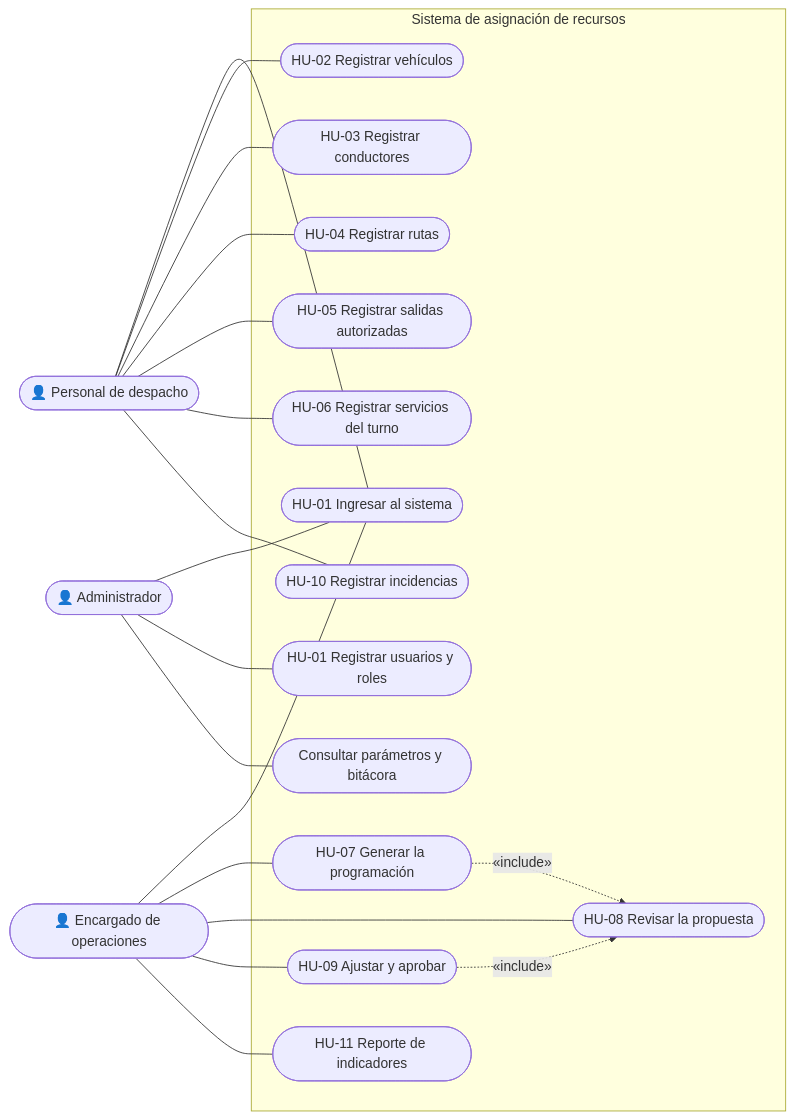
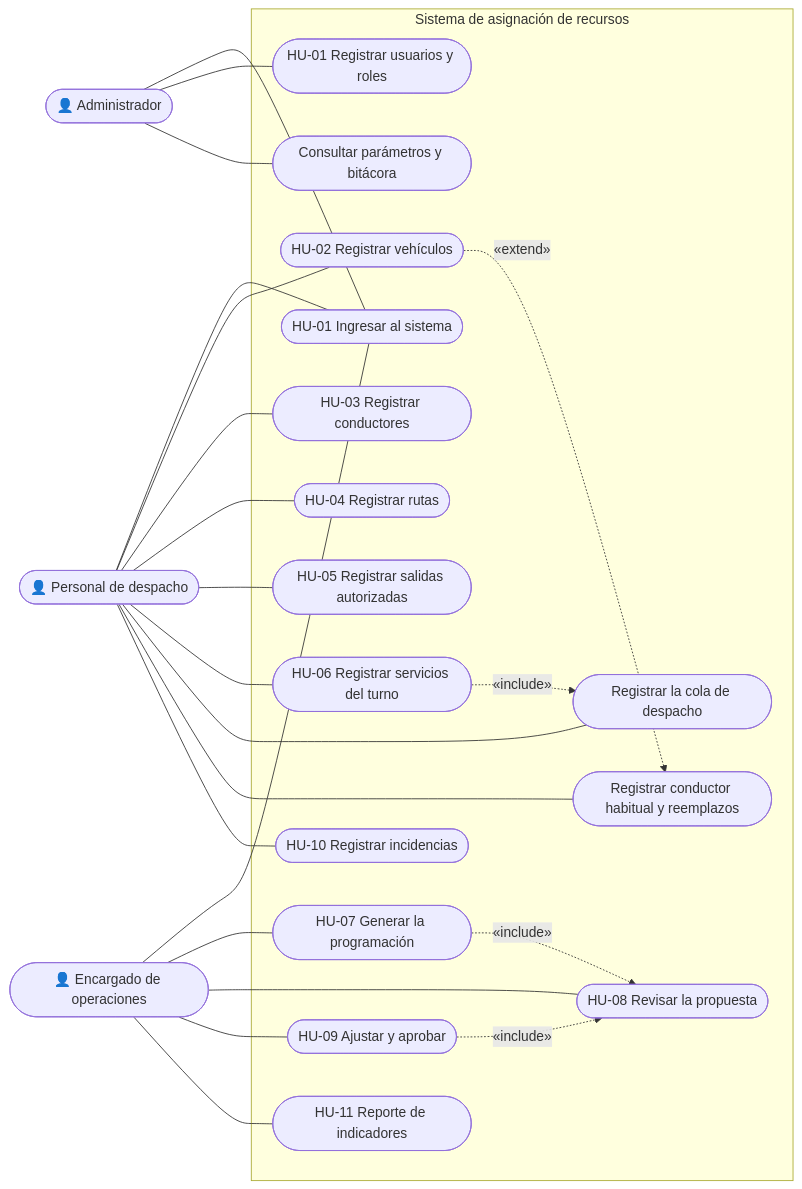
One commit to Madafaka17/sistema-asignacion-san-felipe changed the first of 12 diagrams in docs/uml.md. Above: the diagram before and after it, drawn with Mermaid. The commit also changed other lines of this file and 29 other files, not shown here.

First line of the commit message:
docs: cola de despacho y pares autorizados en la documentación (v1.1.0)

````diff
--- a/docs/uml.md
+++ b/docs/uml.md
@@ -25,28 +25,32 @@
 ```mermaid
 flowchart LR
   despacho(["👤 Personal de despacho"])
   operaciones(["👤 Encargado de operaciones"])
   admin(["👤 Administrador"])
 
   subgraph Sistema de asignación de recursos
     UC01a([HU-01 Ingresar al sistema])
     UC01b([HU-01 Registrar usuarios y roles])
     UC02([HU-02 Registrar vehículos])
     UC03([HU-03 Registrar conductores])
     UC04([HU-04 Registrar rutas])
     UC05([HU-05 Registrar salidas autorizadas])
     UC06([HU-06 Registrar servicios del turno])
+    UCC([Registrar la cola de despacho])
+    UCP2([Registrar conductor habitual y reemplazos])
     UC07([HU-07 Generar la programación])
     UC08([HU-08 Revisar la propuesta])
     UC09([HU-09 Ajustar y aprobar])
     UC10([HU-10 Registrar incidencias])
     UC11([HU-11 Reporte de indicadores])
     UCP([Consultar parámetros y bitácora])
   end
 
-  despacho --- UC01a & UC02 & UC03 & UC04 & UC05 & UC06 & UC10
+  despacho --- UC01a & UC02 & UC03 & UC04 & UC05 & UC06 & UCC & UCP2 & UC10
+  UC06 -. «include» .-> UCC
+  UC02 -. «extend» .-> UCP2
   operaciones --- UC01a & UC07 & UC08 & UC09 & UC11
   admin --- UC01a & UC01b & UCP
   UC07 -. «include» .-> UC08
   UC09 -. «include» .-> UC08
 ```
````
